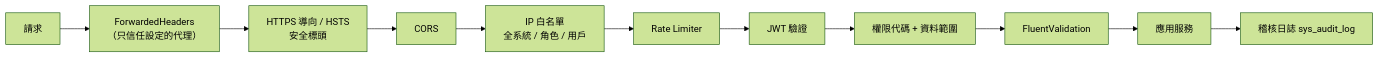
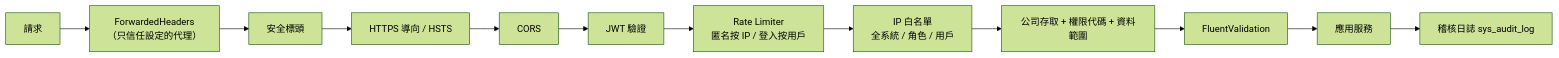
Before and after one commit to snowwhite10/MyERP: the third of 3 diagrams in docs/01-architecture/architecture.md, drawn with Mermaid (forest theme). The commit also changed other lines of this file and 16 other files, not shown here.

````diff
--- a/docs/01-architecture/architecture.md
+++ b/docs/01-architecture/architecture.md
@@ -154,5 +154,5 @@
 ```mermaid
 flowchart LR
-  R["請求"] --> FH["ForwardedHeaders<br/>（只信任設定的代理）"] --> HS["HTTPS 導向 / HSTS<br/>安全標頭"] --> CO["CORS"] --> IP["IP 白名單<br/>全系統 / 角色 / 用戶"] --> RL["Rate Limiter"] --> AU["JWT 驗證"] --> PZ["權限代碼 + 資料範圍"] --> V["FluentValidation"] --> APP["應用服務"]
+  R["請求"] --> FH["ForwardedHeaders<br/>（只信任設定的代理）"] --> SH["安全標頭"] --> HS["HTTPS 導向 / HSTS"] --> CO["CORS"] --> AU["JWT 驗證"] --> RL["Rate Limiter<br/>匿名按 IP / 登入按用戶"] --> IP["IP 白名單<br/>全系統 / 角色 / 用戶"] --> PZ["公司存取 + 權限代碼 + 資料範圍"] --> V["FluentValidation"] --> APP["應用服務"]
   APP --> AL["稽核日誌 sys_audit_log"]
 ```
````
